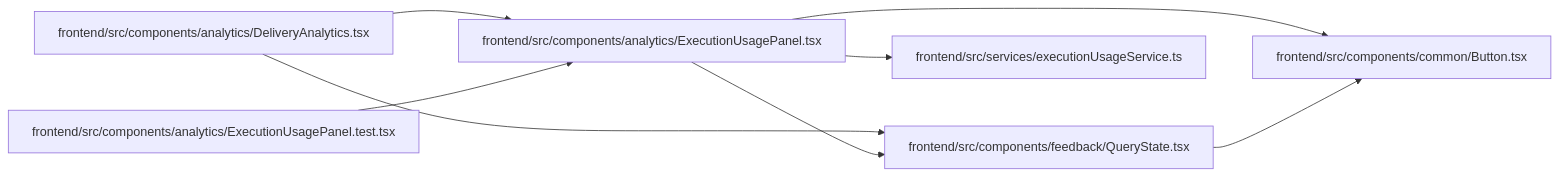
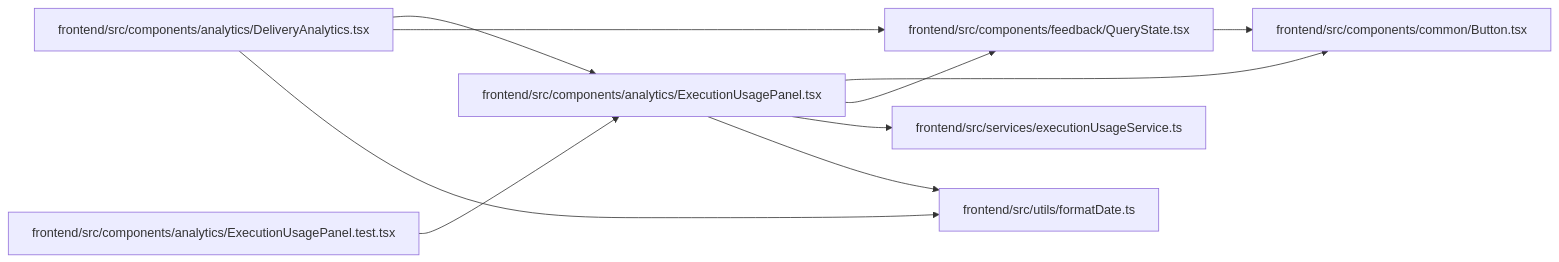
One commit to Denissvgn/WorkChord changed the diagram in docs/llm_wiki/modules/ExecutionUsagePanel.md. Above: the diagram before and after it, drawn with Mermaid. The commit also changed other lines of this file and 304 other files, not shown here.

````diff
--- a/docs/llm_wiki/modules/ExecutionUsagePanel.md
+++ b/docs/llm_wiki/modules/ExecutionUsagePanel.md
@@ -31,22 +32,26 @@
 ```mermaid
 flowchart LR
     n0["frontend/src/components/analytics/DeliveryAnalytics.tsx"]
     n1["frontend/src/components/analytics/ExecutionUsagePanel.test.tsx"]
     n2["frontend/src/components/analytics/ExecutionUsagePanel.tsx"]
     n3["frontend/src/components/common/Button.tsx"]
     n4["frontend/src/components/feedback/QueryState.tsx"]
     n5["frontend/src/services/executionUsageService.ts"]
+    n6["frontend/src/utils/formatDate.ts"]
     n0 --> n2
     n0 --> n4
+    n0 --> n6
     n1 --> n2
     n2 --> n3
     n2 --> n4
     n2 --> n5
+    n2 --> n6
     n4 --> n3
     click n0 "../modules/DeliveryAnalytics.md"
     click n1 "../modules/ExecutionUsagePanel.test.md"
     click n2 "../modules/ExecutionUsagePanel.md"
     click n3 "../modules/Button.md"
     click n4 "../modules/QueryState.md"
     click n5 "../modules/executionUsageService.md"
+    click n6 "../modules/formatDate.md"
 ```
````
